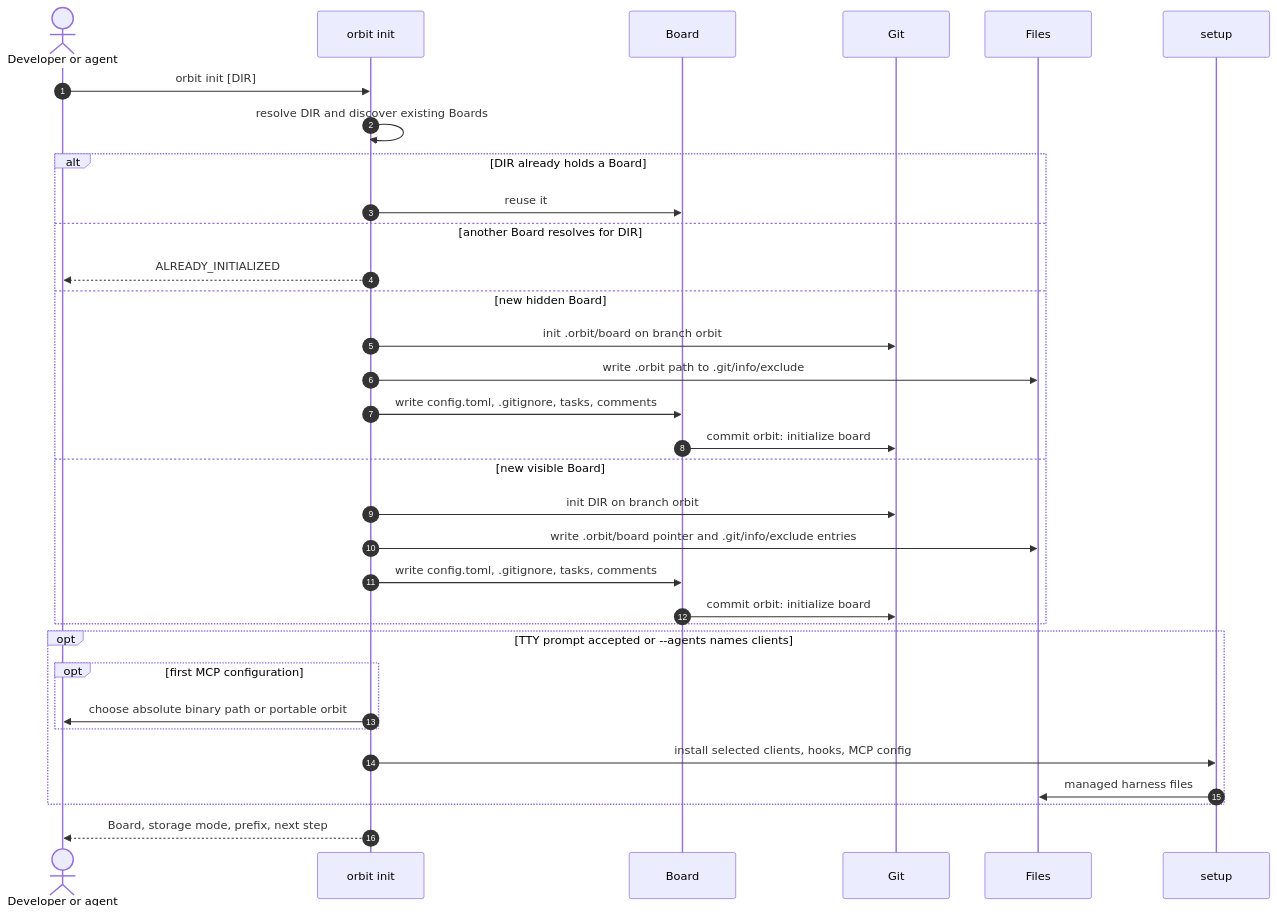
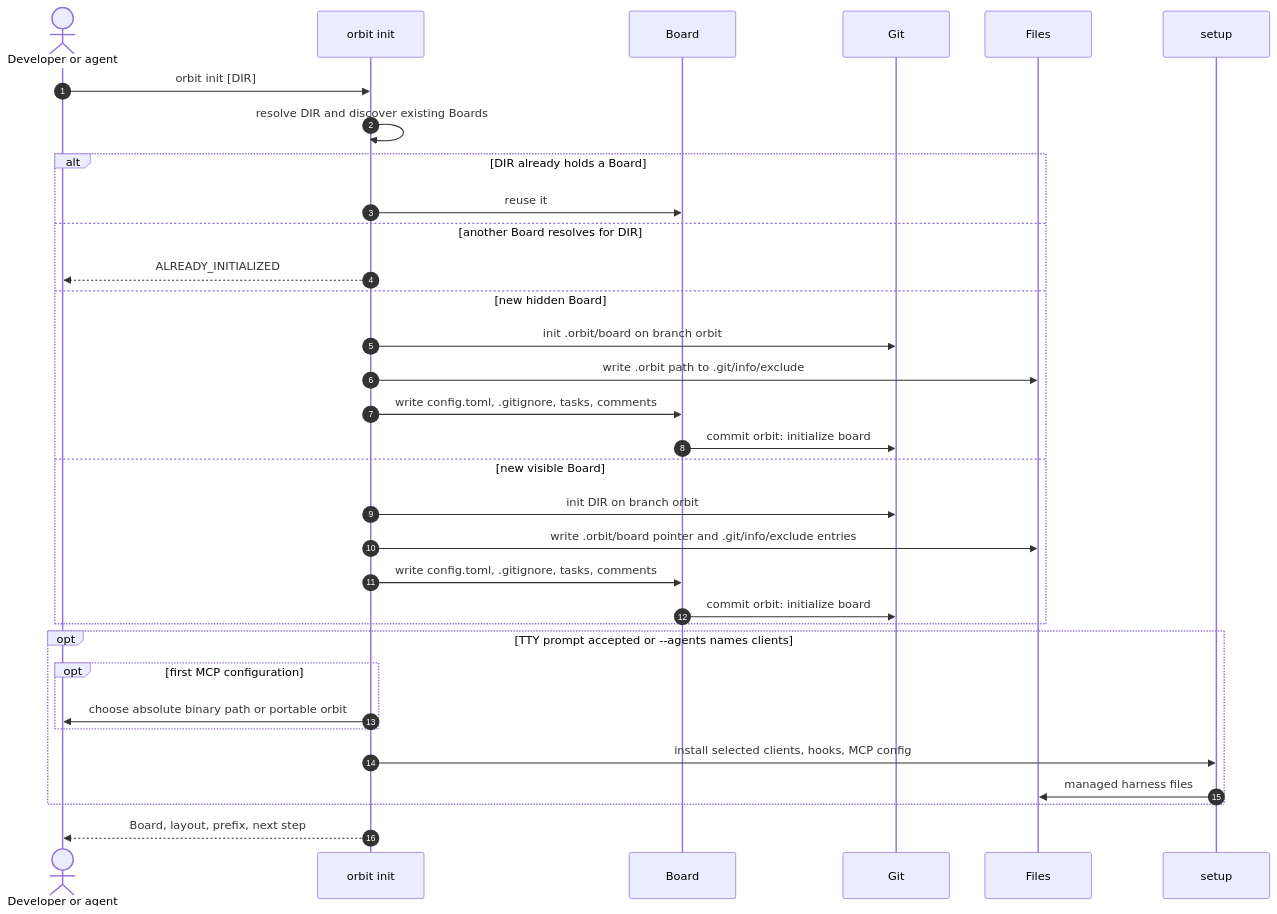
One commit to rcmendes/orbit changed the tenth of 14 diagrams in docs/ARCHITECTURE.md. Above: the diagram before and after it, drawn with Mermaid. The commit also changed other lines of this file, not shown here.

First line of the commit message:
docs(architecture): describe member Repositories, Board host, and the remote port

````diff
--- a/docs/ARCHITECTURE.md
+++ b/docs/ARCHITECTURE.md
@@ -655,36 +621,36 @@
 ```mermaid
 sequenceDiagram
     autonumber
     actor Dev as Developer or agent
     participant CLI as orbit init
     participant BRD as Board
     participant GIT as Git
     participant FS as Files
     participant SET as setup
 
     Dev->>CLI: orbit init [DIR]
     CLI->>CLI: resolve DIR and discover existing Boards
     alt DIR already holds a Board
         CLI->>BRD: reuse it
     else another Board resolves for DIR
         CLI-->>Dev: ALREADY_INITIALIZED
     else new hidden Board
         CLI->>GIT: init .orbit/board on branch orbit
         CLI->>FS: write .orbit path to .git/info/exclude
         CLI->>BRD: write config.toml, .gitignore, tasks, comments
         BRD->>GIT: commit orbit: initialize board
     else new visible Board
         CLI->>GIT: init DIR on branch orbit
         CLI->>FS: write .orbit/board pointer and .git/info/exclude entries
         CLI->>BRD: write config.toml, .gitignore, tasks, comments
         BRD->>GIT: commit orbit: initialize board
     end
     opt TTY prompt accepted or --agents names clients
         opt first MCP configuration
             CLI->>Dev: choose absolute binary path or portable orbit
         end
         CLI->>SET: install selected clients, hooks, MCP config
         SET->>FS: managed harness files
     end
-    CLI-->>Dev: Board, storage mode, prefix, next step
+    CLI-->>Dev: Board, layout, prefix, next step
 ```
````
